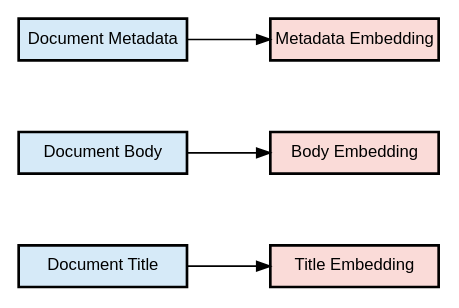
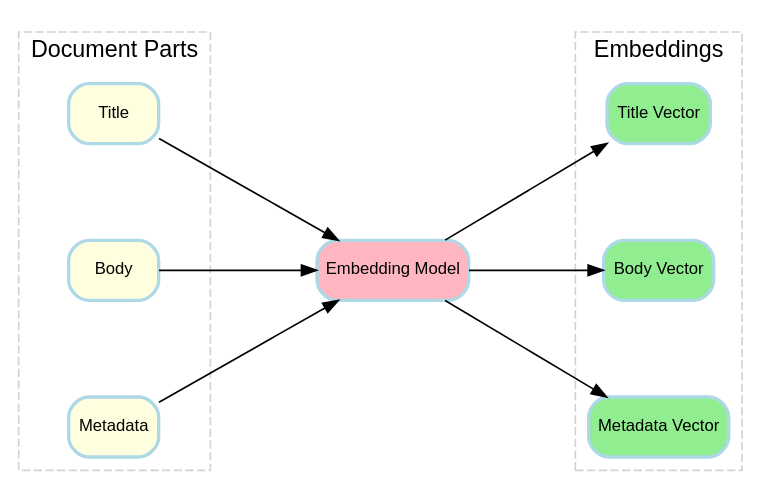
Before and after one commit to habedi/multi-vector-hnsw: the diagram in docs/assets/images/multi_vector_embedding.dot, drawn with Graphviz. The commit also changed 5 other files, not shown here.

Commit message:
Add a diagram for multi-vector embedding

```diff
--- a/docs/assets/images/multi_vector_embedding.dot
+++ b/docs/assets/images/multi_vector_embedding.dot
@@ -1,43 +1,55 @@
-digraph MultiVectorEmbedding {
+digraph MultiPartEmbedding {
     fontname = "Helvetica,Arial,sans-serif"
     layout = dot
     rankdir = LR
-    ranksep = 0.7
-    nodesep = 0.6
+    ranksep = 1.0
+    nodesep = 0.8
 
     node [
     fontname = "Helvetica,Arial,sans-serif",
+    shape = box,
+    style = "filled,rounded",
+    color = "lightblue",
+    fillcolor = "white",
+    penwidth = 2,
     fontsize = 10,
-    shape = box,
-    style = "filled",
-    color = "black",
-    penwidth = 1.6,
-    fillcolor = "white",
-    margin = "0.06,0.04",
-    width = 1.4,
-    height = 0.35,
-    fixedsize = false
+    margin = "0.08,0.05"
     ]
 
     edge [
     fontname = "Helvetica,Arial,sans-serif",
     fontsize = 10,
     color = "black",
-    arrowsize = 0.8
+    arrowsize = 0.9
     ]
 
-    // Input document parts
-    title [label = "Document Title", fillcolor = "#D6EAF8"]
-    body [label = "Document Body", fillcolor = "#D6EAF8"]
-    metadata [label = "Document Metadata", fillcolor = "#D6EAF8"]
+    subgraph cluster_input {
+    label = "Document Parts"
+    style = "dashed"
+    color = "lightgrey"
 
-    // Embeddings
-    title_emb [label = "Title Embedding", fillcolor = "#FADBD8"]
-    body_emb [label = "Body Embedding", fillcolor = "#FADBD8"]
-    metadata_emb [label = "Metadata Embedding", fillcolor = "#FADBD8"]
+    title    [label = "Title", fillcolor = "lightyellow"]
+    body     [label = "Body", fillcolor = "lightyellow"]
+    metadata [label = "Metadata", fillcolor = "lightyellow"]
+    }
 
-    // Connections
-    title -> title_emb
-    body -> body_emb
-    metadata -> metadata_emb
+    subgraph cluster_output {
+    label = "Embeddings"
+    style = "dashed"
+    color = "lightgrey"
+
+    titleVec    [label = "Title Vector", fillcolor = "lightgreen"]
+    bodyVec     [label = "Body Vector", fillcolor = "lightgreen"]
+    metadataVec [label = "Metadata Vector", fillcolor = "lightgreen"]
+    }
+
+    encoder [label = "Embedding Model", fillcolor = "lightpink"]
+
+    title    -> encoder
+    body     -> encoder
+    metadata -> encoder
+
+    encoder -> titleVec
+    encoder -> bodyVec
+    encoder -> metadataVec
 }
```
